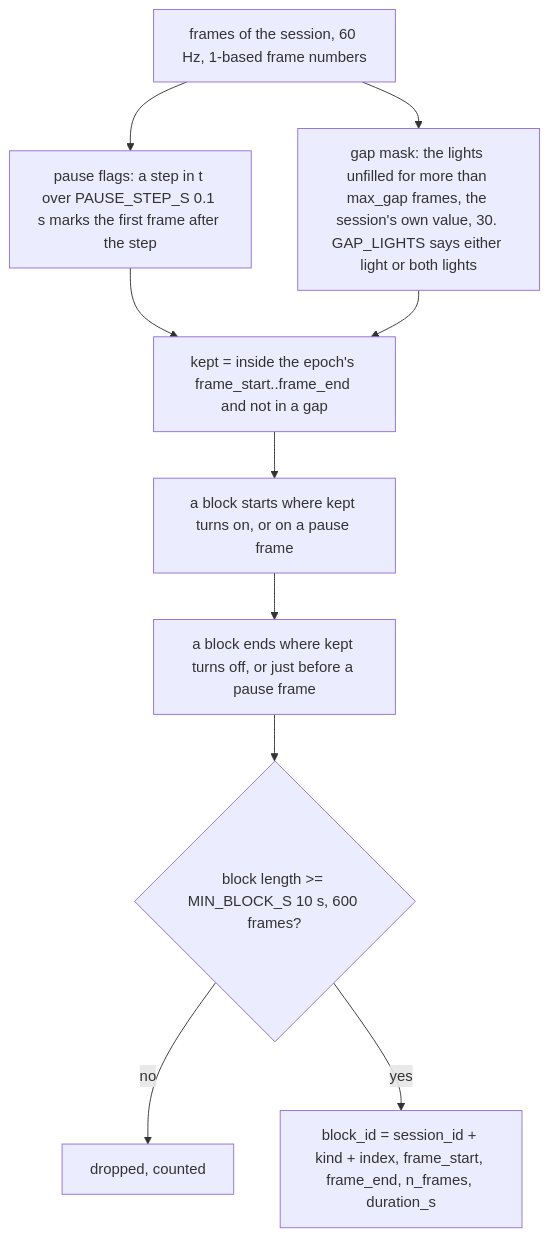
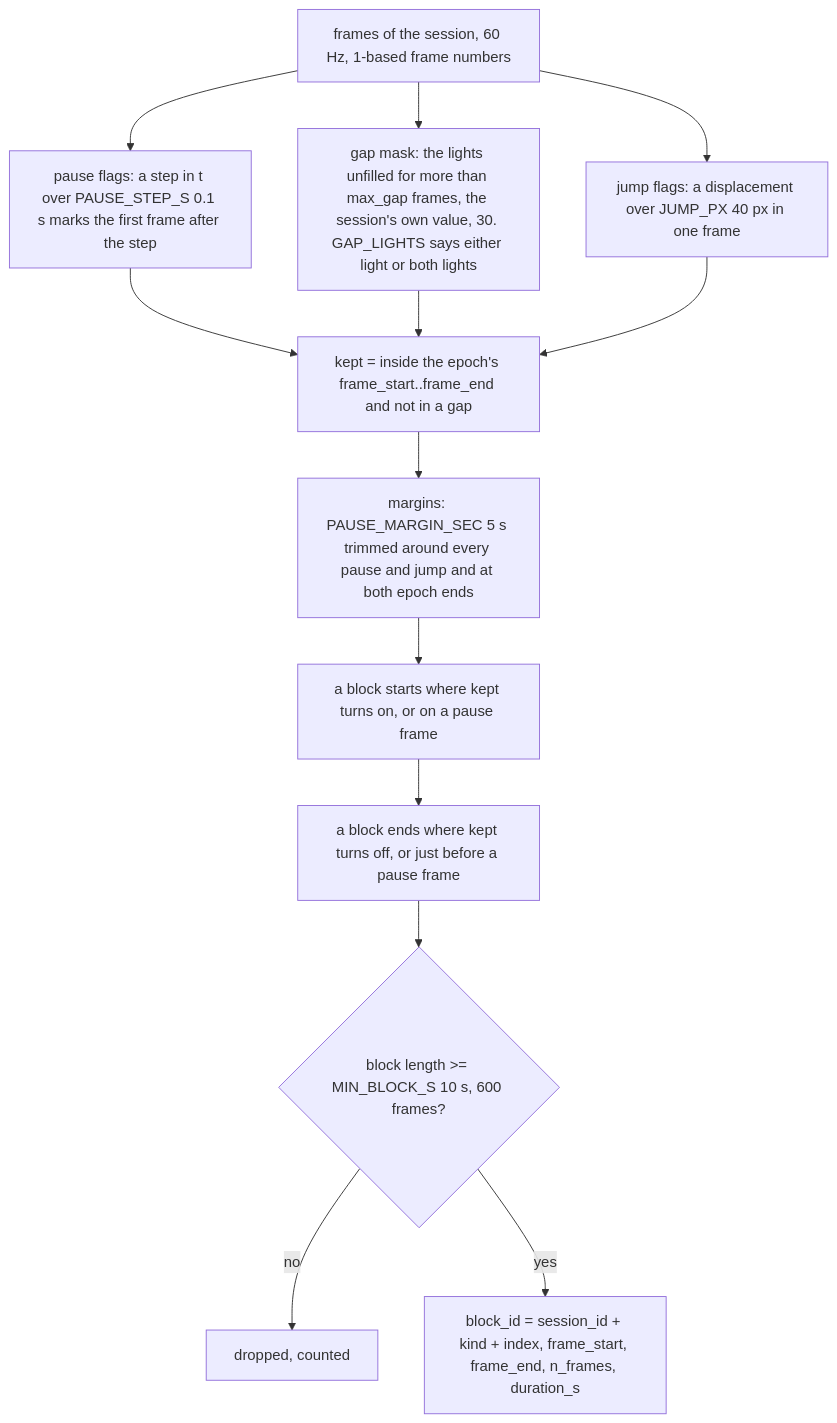
One commit to kshannon/axis-of-travel-rnn changed the second of 2 diagrams in docs/process_lab_data/blocks.md. Above: the diagram before and after it, drawn with Mermaid. The commit also changed other lines of this file and 13 other files, not shown here.

````diff
--- a/docs/process_lab_data/blocks.md
+++ b/docs/process_lab_data/blocks.md
@@ -37,12 +37,15 @@
 ```mermaid
 flowchart TD
     A[frames of the session, 60 Hz, 1-based frame numbers] --> B[pause flags: a step in t over PAUSE_STEP_S 0.1 s marks the first frame after the step]
     A --> C[gap mask: the lights unfilled for more than max_gap frames, the session's own value, 30. GAP_LIGHTS says either light or both lights]
     B --> D[kept = inside the epoch's frame_start..frame_end and not in a gap]
     C --> D
-    D --> E[a block starts where kept turns on, or on a pause frame]
+    A --> J[jump flags: a displacement over JUMP_PX 40 px in one frame]
+    J --> D
+    D --> M[margins: PAUSE_MARGIN_SEC 5 s trimmed around every pause and jump and at both epoch ends]
+    M --> E[a block starts where kept turns on, or on a pause frame]
     E --> F[a block ends where kept turns off, or just before a pause frame]
     F --> G{block length >= MIN_BLOCK_S 10 s, 600 frames?}
     G -- no --> X[dropped, counted]
     G -- yes --> H[block_id = session_id + kind + index, frame_start, frame_end, n_frames, duration_s]
 ```
````
